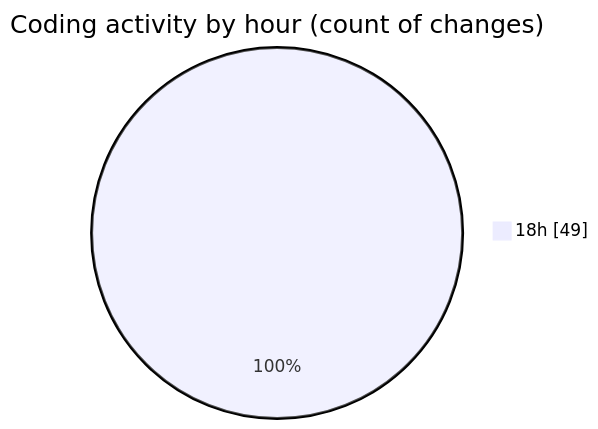
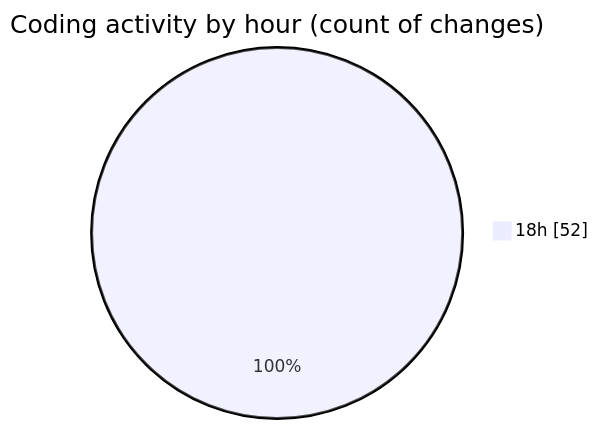
One commit to robertbonfada/code-tracking changed the second of 2 diagrams in 2025-01-17/mbc-web/README.md. Above: the diagram before and after it, drawn with Mermaid. The commit also changed other lines of this file and 2 other files, not shown here.

````diff
--- a/2025-01-17/mbc-web/README.md
+++ b/2025-01-17/mbc-web/README.md
@@ -46,5 +46,5 @@
 ```mermaid
 pie showData
 title Coding activity by hour (count of changes)
-"18h" : 49
+"18h" : 52
 ```
````
